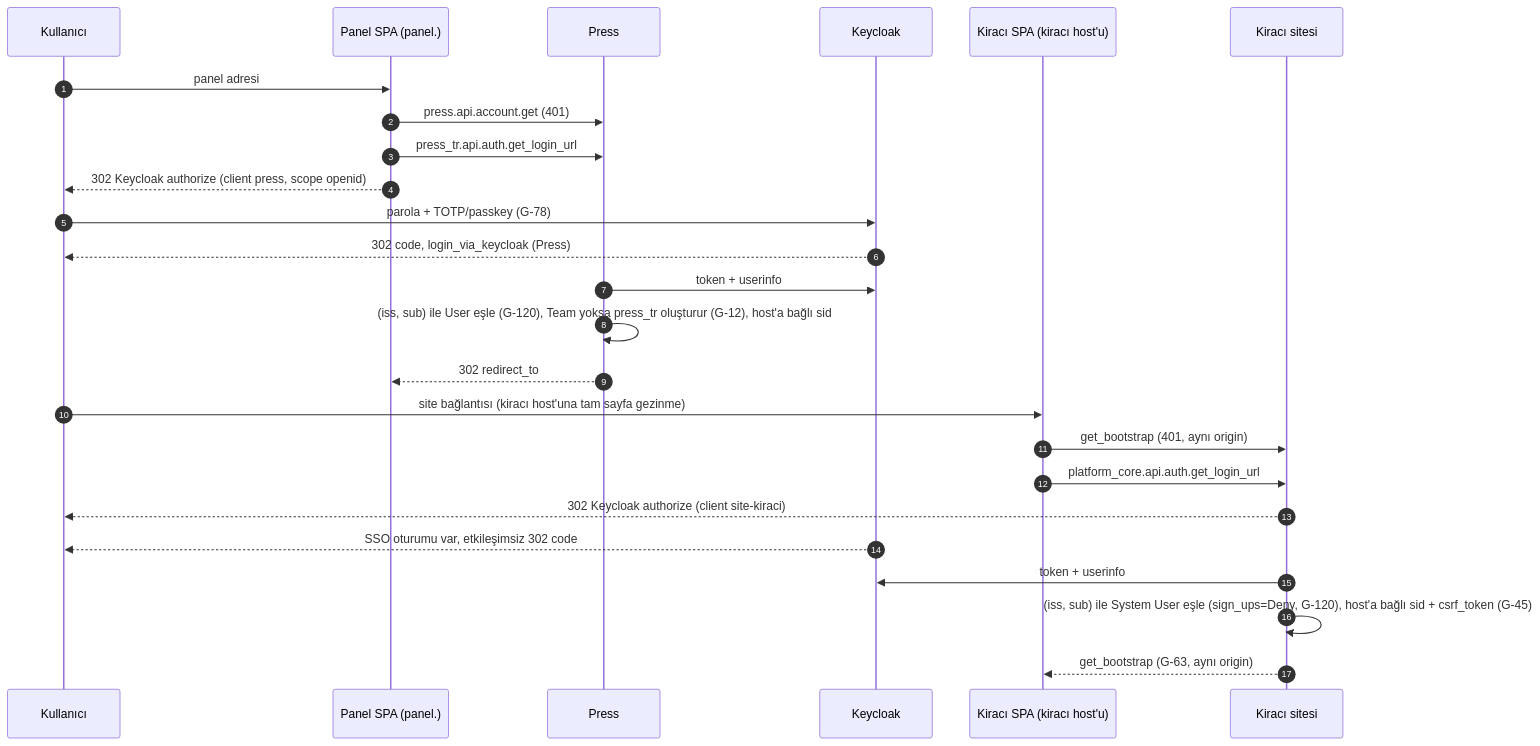
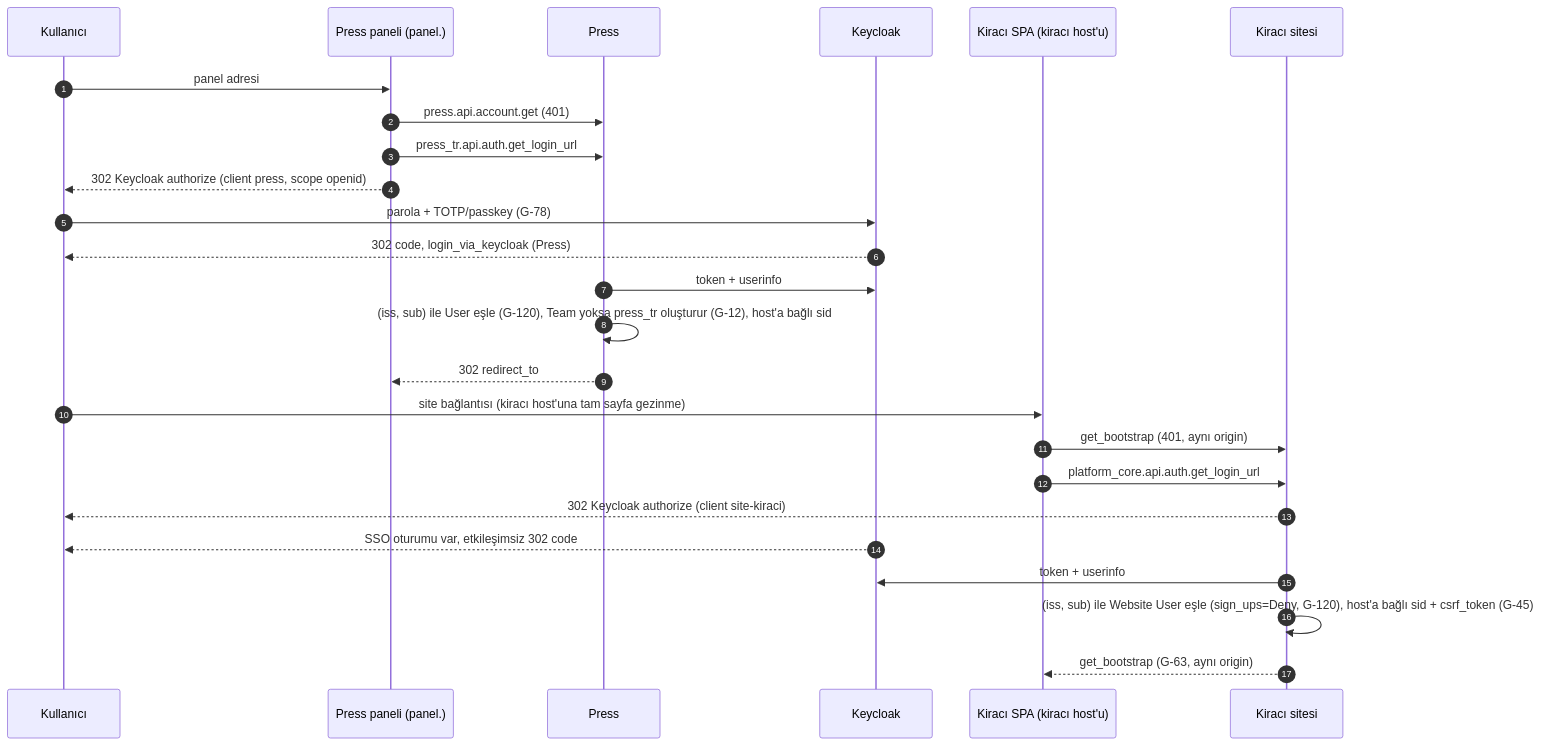
The first of 3 diagrams in src/content/docs/rail-4-keycloak.md (karacaismail/frappesetup), drawn with Mermaid before and after one commit. The commit also changed other lines of this file and 15 other files, not shown here.

````diff
--- a/src/content/docs/rail-4-keycloak.md
+++ b/src/content/docs/rail-4-keycloak.md
@@ -47,27 +51,27 @@
 ```mermaid
 sequenceDiagram
   autonumber
   participant U as Kullanıcı
-  participant P as Panel SPA (panel.)
+  participant P as Press paneli (panel.)
   participant PR as Press
   participant K as Keycloak
   participant T as Kiracı SPA (kiracı host'u)
   participant S as Kiracı sitesi
   U->>P: panel adresi
   P->>PR: press.api.account.get (401)
   P->>PR: press_tr.api.auth.get_login_url
   P-->>U: 302 Keycloak authorize (client press, scope openid)
   U->>K: parola + TOTP/passkey (G-78)
   K-->>U: 302 code, login_via_keycloak (Press)
   PR->>K: token + userinfo
   PR->>PR: (iss, sub) ile User eşle (G-120), Team yoksa press_tr oluşturur (G-12), host'a bağlı sid
   PR-->>P: 302 redirect_to
   U->>T: site bağlantısı (kiracı host'una tam sayfa gezinme)
   T->>S: get_bootstrap (401, aynı origin)
   T->>S: platform_core.api.auth.get_login_url
   S-->>U: 302 Keycloak authorize (client site-kiraci)
   K-->>U: SSO oturumu var, etkileşimsiz 302 code
   S->>K: token + userinfo
-  S->>S: (iss, sub) ile System User eşle (sign_ups=Deny, G-120), host'a bağlı sid + csrf_token (G-45)
+  S->>S: (iss, sub) ile Website User eşle (sign_ups=Deny, G-120), host'a bağlı sid + csrf_token (G-45)
   S-->>T: get_bootstrap (G-63, aynı origin)
 ```
````
